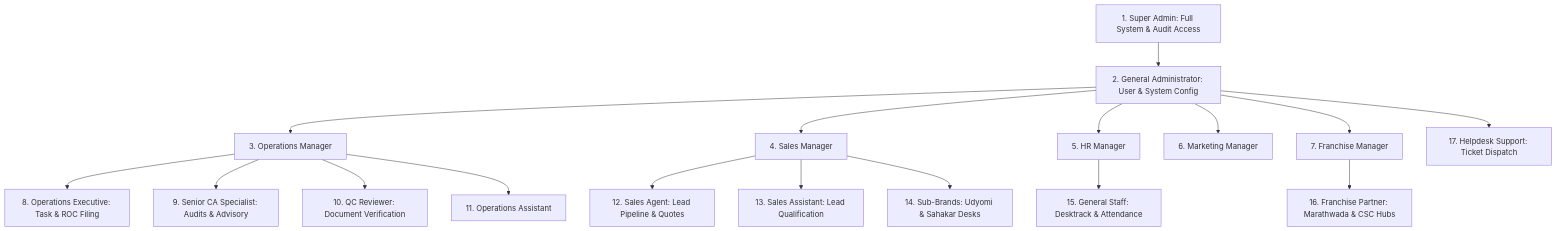
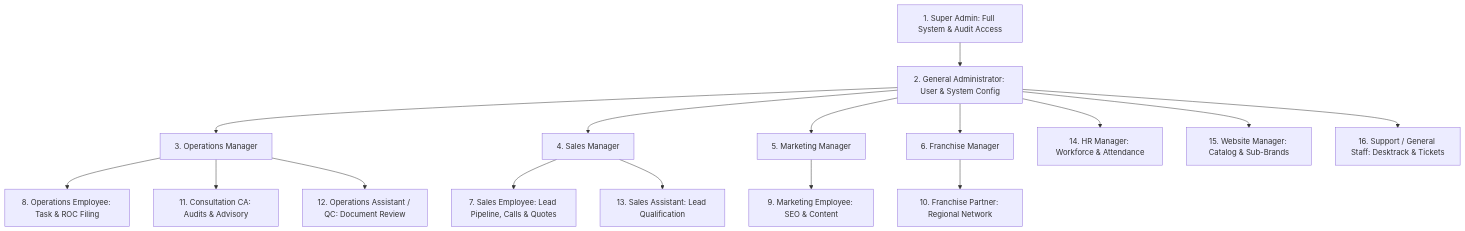
Before and after one commit to akhtar-mac/Saas-product: the second of 2 diagrams in README.md, drawn with Mermaid. The commit also changed other lines of this file, not shown here.

Commit message:
docs: update README with 1-click demo login guide, system architecture and audit report references

````diff
--- a/README.md
+++ b/README.md
@@ -92,24 +83,22 @@
 ```mermaid
 graph TD
     SuperAdmin[1. Super Admin: Full System & Audit Access]
     SuperAdmin --> Admin[2. General Administrator: User & System Config]
     
     Admin --> OpsMgr[3. Operations Manager]
     Admin --> SalesMgr[4. Sales Manager]
-    Admin --> HRMgr[5. HR Manager]
-    Admin --> MktgMgr[6. Marketing Manager]
-    Admin --> FranMgr[7. Franchise Manager]
+    Admin --> MktgMgr[5. Marketing Manager]
+    Admin --> FranMgr[6. Franchise Manager]
 
-    OpsMgr --> OpsExec[8. Operations Executive: Task & ROC Filing]
-    OpsMgr --> CAExpert[9. Senior CA Specialist: Audits & Advisory]
-    OpsMgr --> QCRev[10. QC Reviewer: Document Verification]
-    OpsMgr --> OpsAssist[11. Operations Assistant]
+    SalesMgr --> SalesAgent[7. Sales Employee: Lead Pipeline, Calls & Quotes]
+    OpsMgr --> OpsExec[8. Operations Employee: Task & ROC Filing]
+    MktgMgr --> MktgExec[9. Marketing Employee: SEO & Content]
+    FranMgr --> FranPartner[10. Franchise Partner: Regional Network]
 
-    SalesMgr --> SalesAgent[12. Sales Agent: Lead Pipeline & Quotes]
+    OpsMgr --> CAExpert[11. Consultation CA: Audits & Advisory]
+    OpsMgr --> QCRev[12. Operations Assistant / QC: Document Review]
     SalesMgr --> SalesAssist[13. Sales Assistant: Lead Qualification]
-    SalesMgr --> SubBrands[14. Sub-Brands: Udyomi & Sahakar Desks]
-
-    HRMgr --> Staff[15. General Staff: Desktrack & Attendance]
-    FranMgr --> FranAgent[16. Franchise Partner: Marathwada & CSC Hubs]
-    Admin --> Support[17. Helpdesk Support: Ticket Dispatch]
+    Admin --> HRMgr[14. HR Manager: Workforce & Attendance]
+    Admin --> WebMgr[15. Website Manager: Catalog & Sub-Brands]
+    Admin --> Staff[16. Support / General Staff: Desktrack & Tickets]
 ```
````
